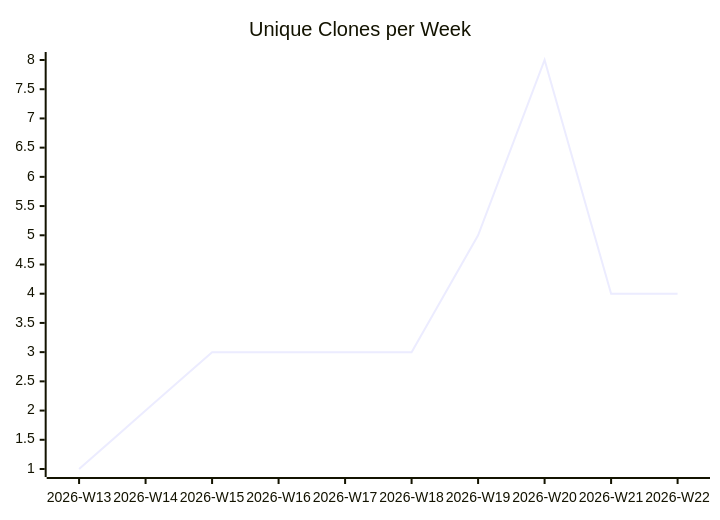
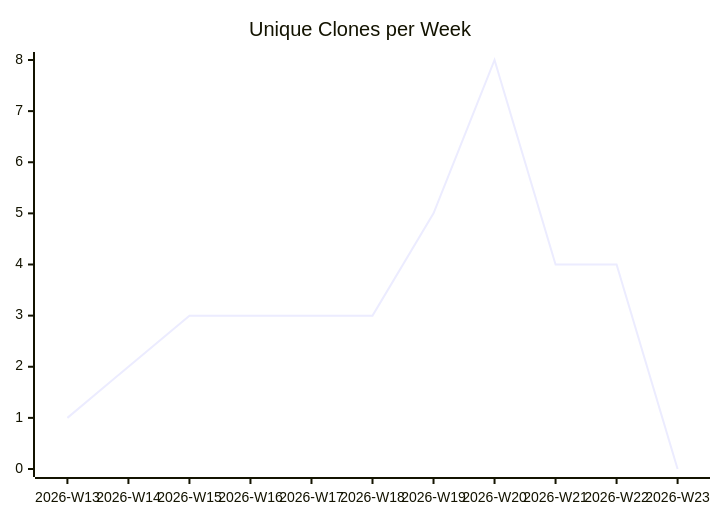
The third of 3 diagrams in karlmdavis/xmlpull/README.md (justdavis-family/github-analytics-data), drawn with Mermaid before and after one commit. The commit also changed other lines of this file and 186 other files, not shown here.

````diff
--- a/karlmdavis/xmlpull/README.md
+++ b/karlmdavis/xmlpull/README.md
@@ -19,6 +19,6 @@
 ```mermaid
 xychart-beta
   title "Unique Clones per Week"
-  x-axis ["2026-W13", "2026-W14", "2026-W15", "2026-W16", "2026-W17", "2026-W18", "2026-W19", "2026-W20", "2026-W21", "2026-W22"]
-  line [1, 2, 3, 3, 3, 3, 5, 8, 4, 4]
+  x-axis ["2026-W13", "2026-W14", "2026-W15", "2026-W16", "2026-W17", "2026-W18", "2026-W19", "2026-W20", "2026-W21", "2026-W22", "2026-W23"]
+  line [1, 2, 3, 3, 3, 3, 5, 8, 4, 4, 0]
 ```
````
